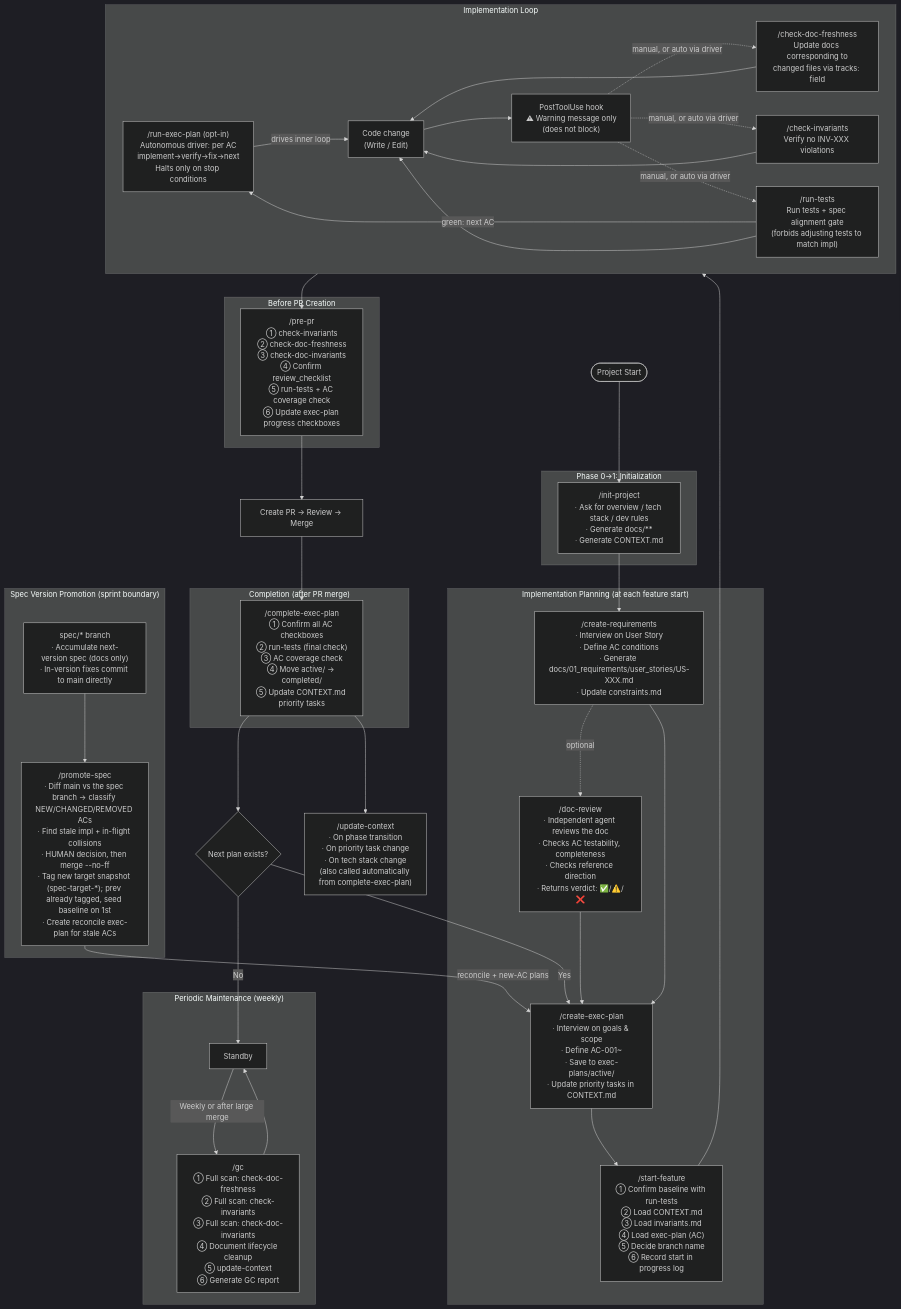
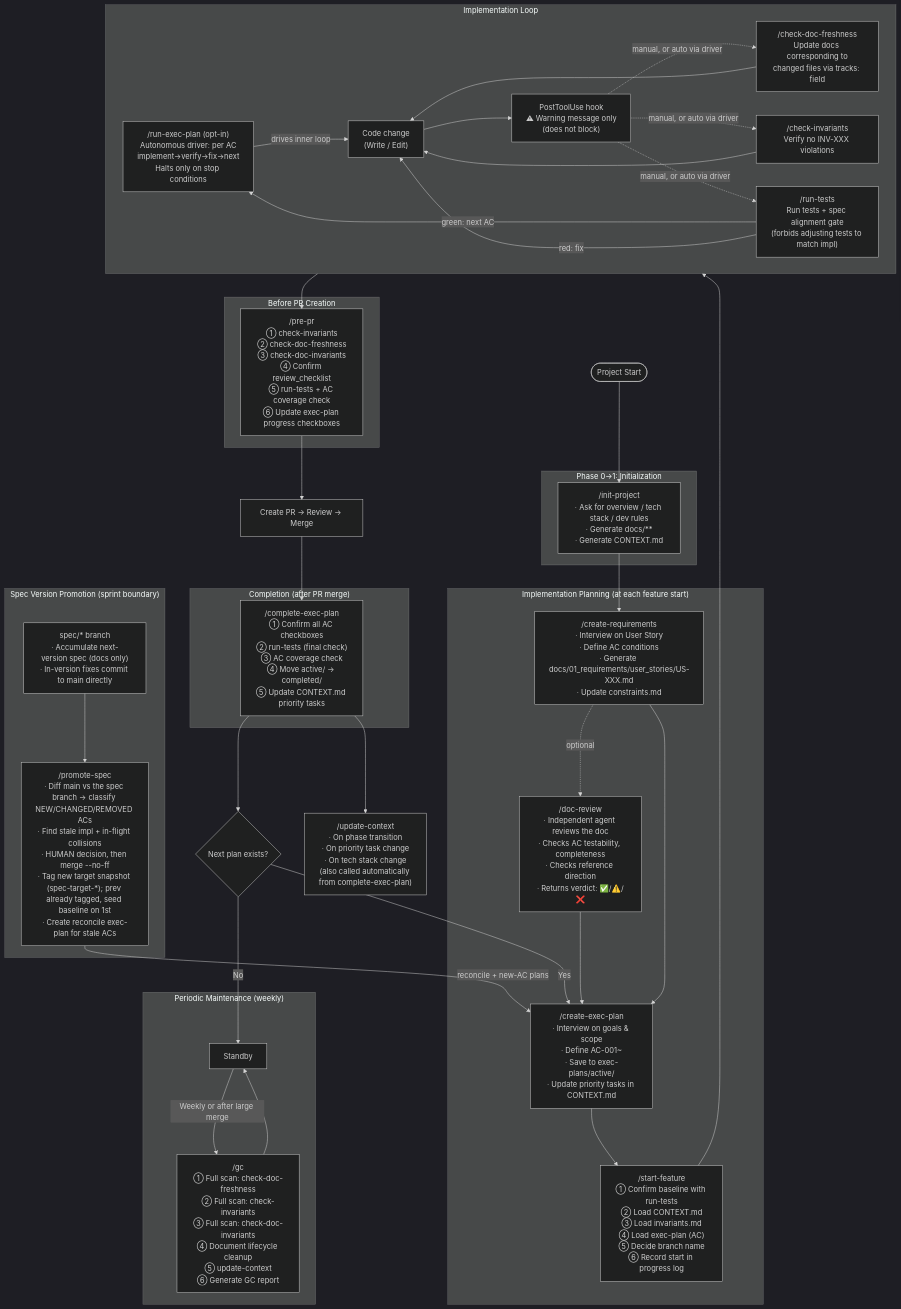
The first of 2 diagrams in SKILL_FLOW.md (aki-senri/DocDDTemplate), drawn with Mermaid (dark theme) before and after one commit.

Commit message:
fix: Copilot レビュー指摘（実装ループ図の赤パス無ラベル）に対応
SKILL_FLOW.md の Mermaid 実装ループ図で RT->CODE が無ラベルのため
「テストが常に CODE へ戻る」と誤読しうる点を、red: fix ラベルで明示。

````diff
--- a/SKILL_FLOW.md
+++ b/SKILL_FLOW.md
@@ -5,79 +5,79 @@
 ```mermaid
 flowchart TD
     START([Project Start]) --> INIT
 
     subgraph PHASE01["Phase 0→1: Initialization"]
         INIT["/init-project\n· Ask for overview / tech stack / dev rules\n· Generate docs/**\n· Generate CONTEXT.md"]
     end
 
     INIT --> REQ
 
     subgraph PLAN_PHASE["Implementation Planning (at each feature start)"]
         REQ["/create-requirements\n· Interview on User Story\n· Define AC conditions\n· Generate docs/01_requirements/user_stories/US-XXX.md\n· Update constraints.md"]
         REQ -.->|optional| DR
         DR["/doc-review\n· Independent agent reviews the doc\n· Checks AC testability, completeness\n· Checks reference direction\n· Returns verdict: ✅/⚠️/❌"]
         DR --> PLAN
         REQ --> PLAN
         PLAN["/create-exec-plan\n· Interview on goals & scope\n· Define AC-001~\n· Save to exec-plans/active/\n· Update priority tasks in CONTEXT.md"]
         PLAN --> SF
         SF["/start-feature\n① Confirm baseline with run-tests\n② Load CONTEXT.md\n③ Load invariants.md\n④ Load exec-plan (AC)\n⑤ Decide branch name\n⑥ Record start in progress log"]
     end
 
     SF --> IMPL
 
     subgraph IMPL["Implementation Loop"]
         DRIVER["/run-exec-plan (opt-in)\nAutonomous driver: per AC\nimplement→verify→fix→next\nHalts only on stop conditions"]
         CODE["Code change\n(Write / Edit)"]
         HOOK["PostToolUse hook\n⚠ Warning message only\n(does not block)"]
         CDF["/check-doc-freshness\nUpdate docs corresponding to\nchanged files via tracks: field"]
         CI["/check-invariants\nVerify no INV-XXX violations"]
         RT["/run-tests\nRun tests + spec alignment gate\n(forbids adjusting tests to match impl)"]
 
         DRIVER -->|drives inner loop| CODE
         CODE --> HOOK
         HOOK -.->|manual, or auto via driver| CDF
         HOOK -.->|manual, or auto via driver| CI
         HOOK -.->|manual, or auto via driver| RT
         CDF --> CODE
         CI --> CODE
         RT -->|green: next AC| DRIVER
-        RT --> CODE
+        RT -->|red: fix| CODE
     end
 
     IMPL --> PREPR
 
     subgraph PREPR_PHASE["Before PR Creation"]
         PREPR["/pre-pr\n① check-invariants\n② check-doc-freshness\n③ check-doc-invariants\n④ Confirm review_checklist\n⑤ run-tests + AC coverage check\n⑥ Update exec-plan progress checkboxes"]
     end
 
     PREPR --> PR
     PR["Create PR → Review → Merge"]
     PR --> COMPLETE
 
     subgraph COMPLETE_PHASE["Completion (after PR merge)"]
         COMPLETE["/complete-exec-plan\n① Confirm all AC checkboxes\n② run-tests (final check)\n③ AC coverage check\n④ Move active/ → completed/\n⑤ Update CONTEXT.md priority tasks"]
     end
 
     COMPLETE --> NEXT
     NEXT{Next plan exists?}
     NEXT -->|Yes| PLAN
     NEXT -->|No| GC_WAIT
 
     subgraph GC_PHASE["Periodic Maintenance (weekly)"]
         GC_WAIT["Standby"]
         GC["/gc\n① Full scan: check-doc-freshness\n② Full scan: check-invariants\n③ Full scan: check-doc-invariants\n④ Document lifecycle cleanup\n⑤ update-context\n⑥ Generate GC report"]
         GC_WAIT -->|Weekly or after large merge| GC
         GC --> GC_WAIT
     end
 
     subgraph SPEC_PROMO["Spec Version Promotion (sprint boundary)"]
         SPECBR["spec/* branch\n· Accumulate next-version spec (docs only)\n· In-version fixes commit to main directly"]
         PROMO["/promote-spec\n· Diff main vs the spec branch → classify NEW/CHANGED/REMOVED ACs\n· Find stale impl + in-flight collisions\n· HUMAN decision, then merge --no-ff\n· Tag new target snapshot (spec-target-*); prev already tagged, seed baseline on 1st\n· Create reconcile exec-plan for stale ACs"]
         SPECBR --> PROMO
     end
 
     PROMO -->|reconcile + new-AC plans| PLAN
 
     UC["/update-context\n· On phase transition\n· On priority task change\n· On tech stack change\n(also called automatically from complete-exec-plan)"]
     COMPLETE --> UC
 ```
````
